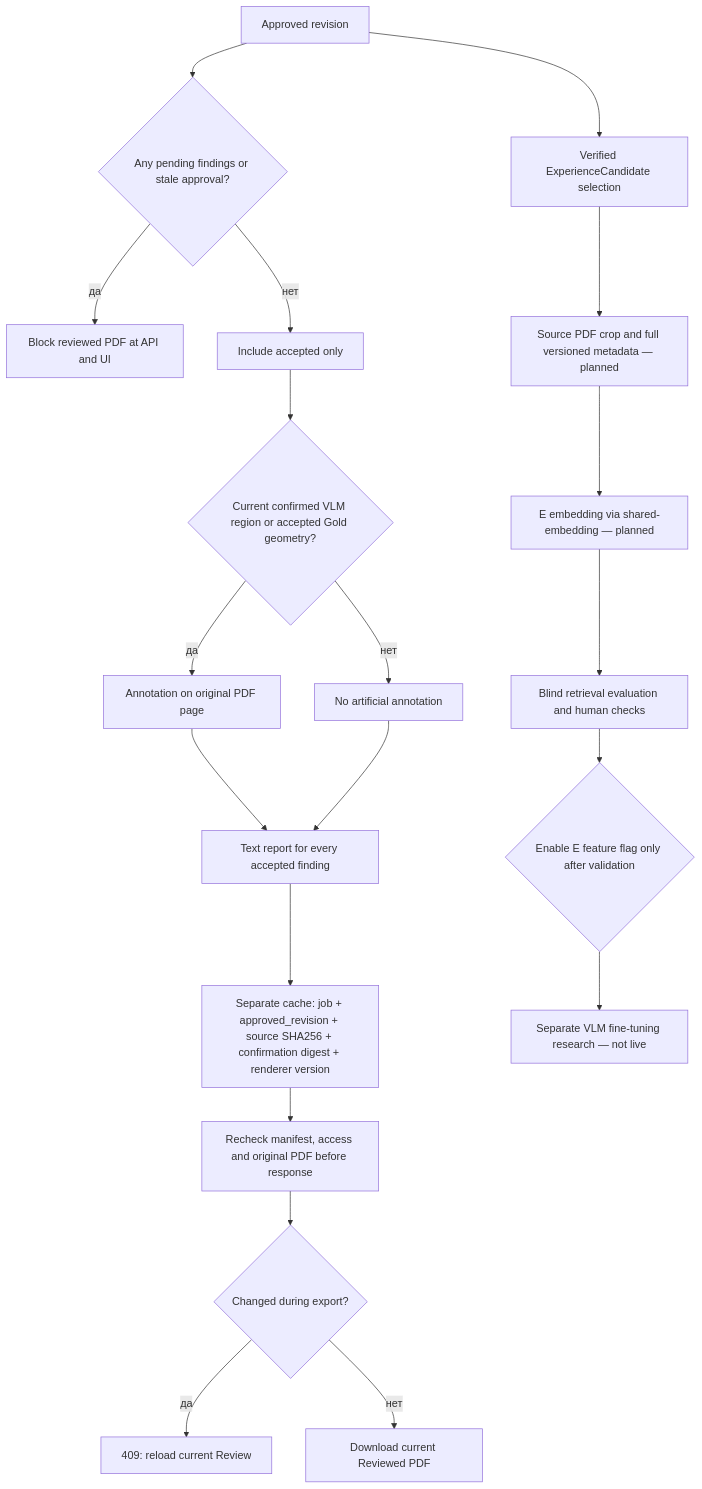
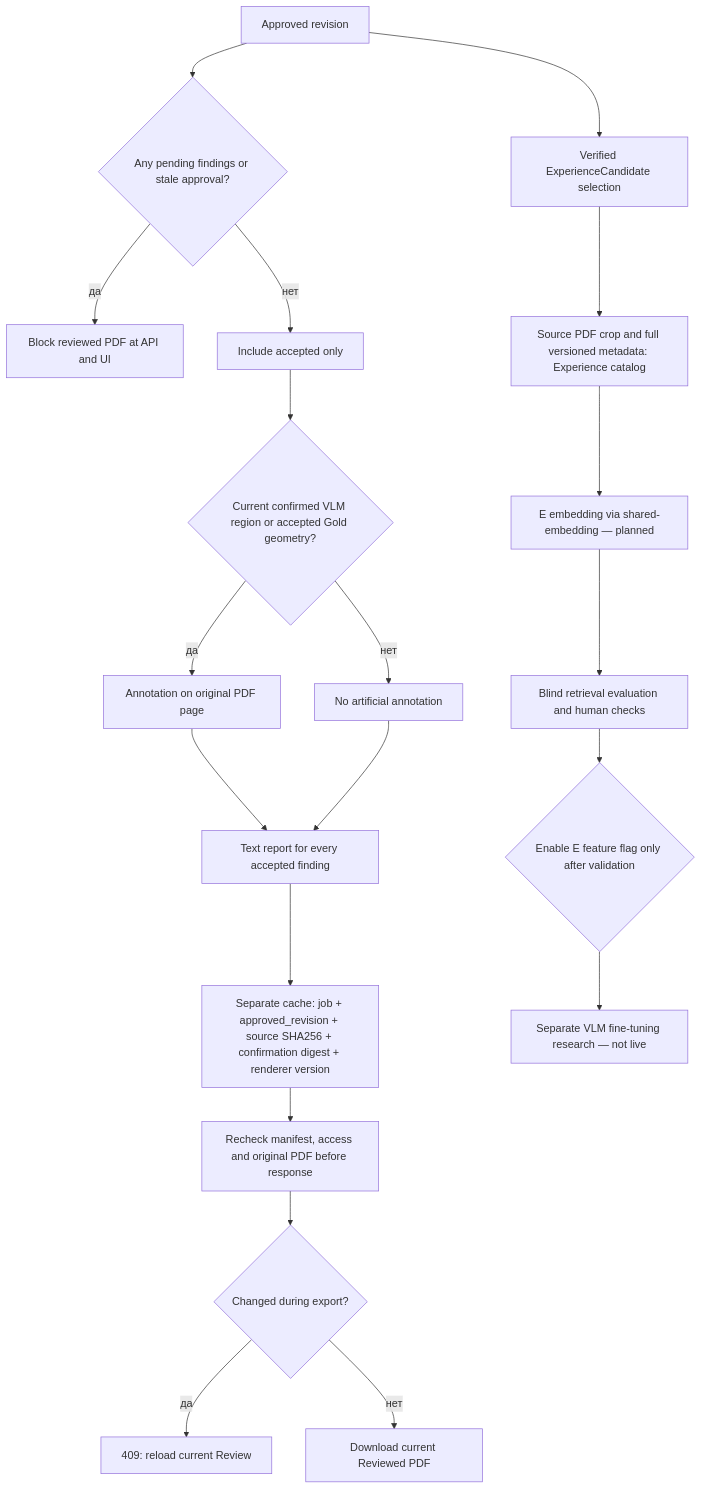
Diagram 14 of 15 in README.md (Amadu-A/PDRD-validation), drawn with Mermaid before and after one commit. The commit also changed other lines of this file and 74 other files, not shown here.

Commit message:
feat: persist verified Experience catalog

````diff
--- a/README.md
+++ b/README.md
@@ -662,22 +669,22 @@
 ```mermaid
 flowchart TD
     REV["Approved revision"] --> LOCK{"Any pending findings or stale approval?"}
     LOCK -->|да| DENY["Block reviewed PDF at API and UI"]
     LOCK -->|нет| FILTER["Include accepted only"]
     FILTER --> PAGE{"Current confirmed VLM region or accepted Gold geometry?"}
     PAGE -->|да| DRAW["Annotation on original PDF page"]
     PAGE -->|нет| NO_BOX["No artificial annotation"]
     DRAW --> REPORT["Text report for every accepted finding"]
     NO_BOX --> REPORT
     REPORT --> CACHE["Separate cache: job + approved_revision + source SHA256 + confirmation digest + renderer version"]
     CACHE --> CHECK["Recheck manifest, access and original PDF before response"]
     CHECK --> CHANGED{"Changed during export?"}
     CHANGED -->|да| CONFLICT["409: reload current Review"]
     CHANGED -->|нет| DOWNLOAD["Download current Reviewed PDF"]
     REV --> SELECT["Verified ExperienceCandidate selection"]
-    SELECT --> CROPS["Source PDF crop and full versioned metadata — planned"]
+    SELECT --> CROPS["Source PDF crop and full versioned metadata: Experience catalog"]
     CROPS --> INDEX["E embedding via shared-embedding — planned"]
     INDEX --> EVAL["Blind retrieval evaluation and human checks"]
     EVAL --> FLAG{"Enable E feature flag only after validation"}
     FLAG --> TRAIN["Separate VLM fine-tuning research — not live"]
 ```
````
